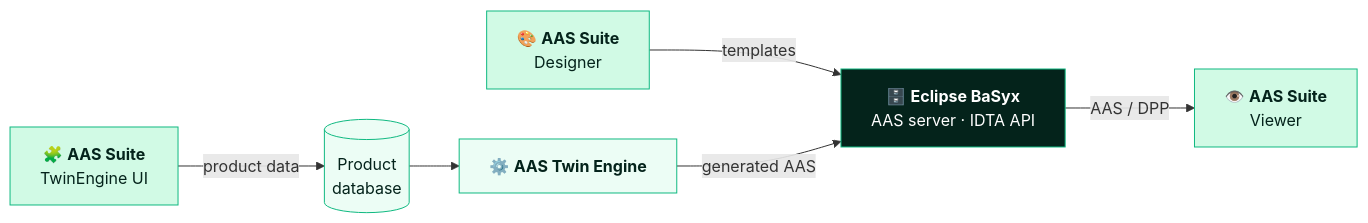
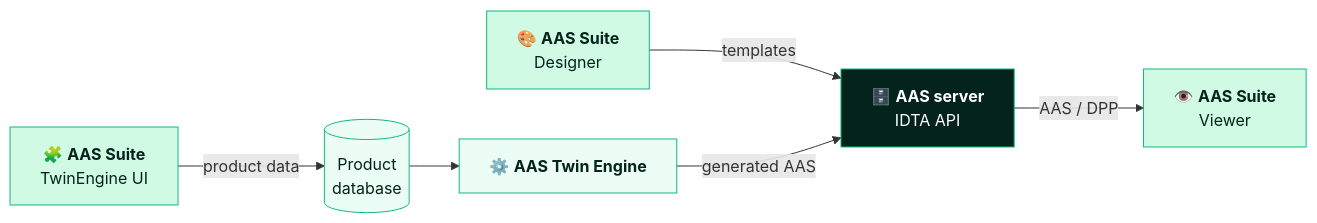
The diagram in README.md (aas-ecosystem/aas-ecosystem), drawn with Mermaid before and after one commit. The commit also changed other lines of this file and 1 other file, not shown here.

First line of the commit message:
docs: focus README on AAS Suite and AAS Twin Engine

````diff
--- a/README.md
+++ b/README.md
@@ -49,21 +49,21 @@
 ```mermaid
 flowchart LR
     designer["🎨 <b>AAS Suite</b><br/>Designer"]
     teui["🧩 <b>AAS Suite</b><br/>TwinEngine UI"]
     db[("Product<br/>database")]
     te["⚙️ <b>AAS Twin Engine</b>"]
-    basyx["🗄️ <b>Eclipse BaSyx</b><br/>AAS server · IDTA API"]
+    basyx["🗄️ <b>AAS server</b><br/>IDTA API"]
     viewer["👁️ <b>AAS Suite</b><br/>Viewer"]
 
     designer -- "templates" --> basyx
     teui -- "product data" --> db --> te
     te -- "generated AAS" --> basyx
     basyx -- "AAS / DPP" --> viewer
 
     classDef suite fill:#d1fae5,stroke:#10b981,color:#04231b
     classDef engine fill:#ecfdf5,stroke:#10b981,color:#04231b
     classDef core fill:#04231b,stroke:#10b981,color:#ffffff
     class designer,teui,viewer suite
     class db,te engine
     class basyx core
 ```
````
